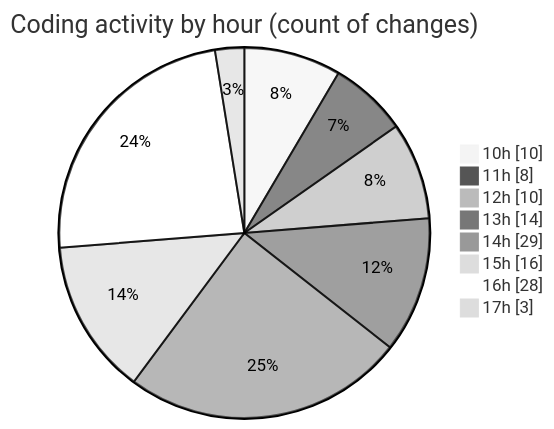
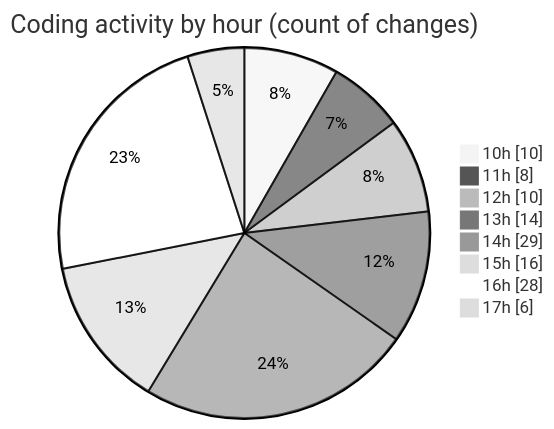
Before and after one commit to nxtqubesakshisongat/code-tracking: the second of 2 diagrams in 2025-07-29/nxtqube_webapp/README.md, drawn with Mermaid (neutral theme). The commit also changed other lines of this file and 1 other file, not shown here.

````diff
--- a/2025-07-29/nxtqube_webapp/README.md
+++ b/2025-07-29/nxtqube_webapp/README.md
@@ -40,12 +40,12 @@
 ```mermaid
 pie showData
 title Coding activity by hour (count of changes)
 "10h" : 10
 "11h" : 8
 "12h" : 10
 "13h" : 14
 "14h" : 29
 "15h" : 16
 "16h" : 28
-"17h" : 3
+"17h" : 6
 ```
````
